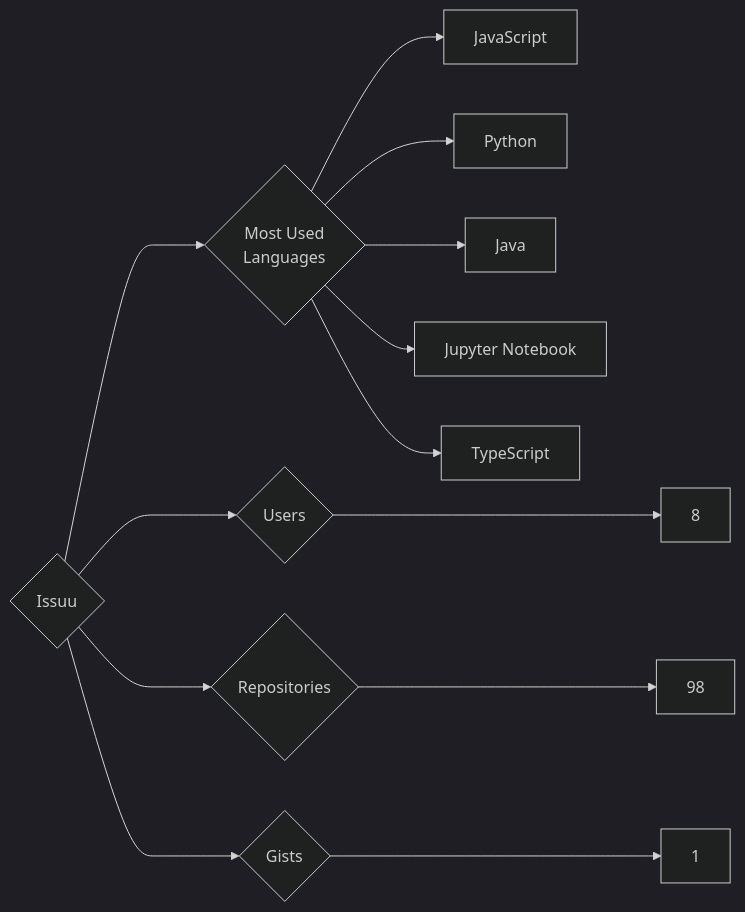
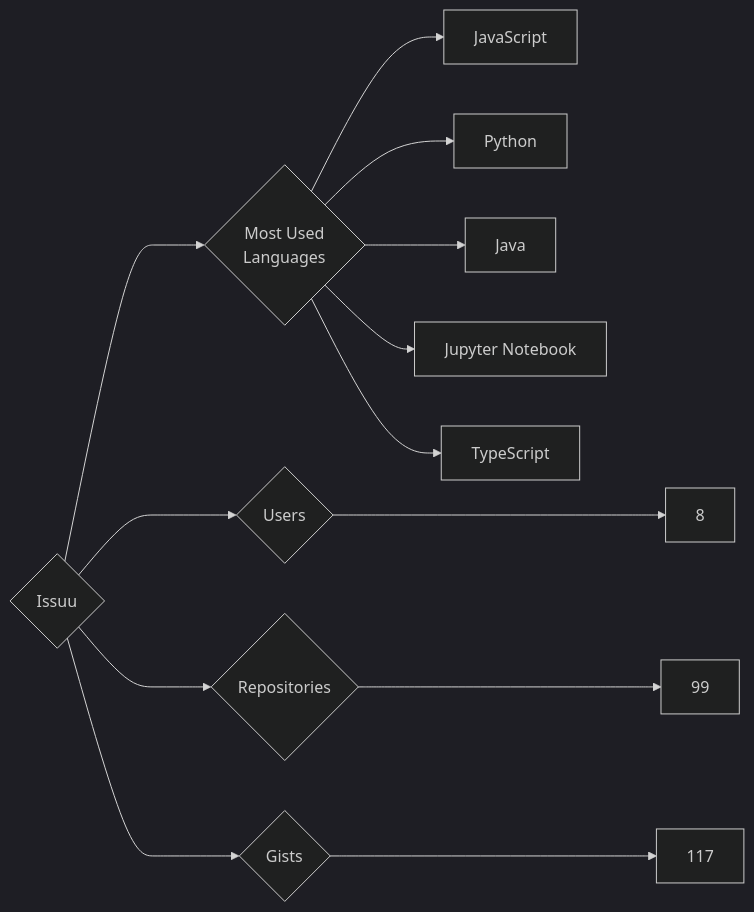
One commit to trickest/insiders changed the diagram in targets/Issuu/README.md. Above: the diagram before and after it, drawn with Mermaid (dark theme). The commit also changed 772 other files, not shown here.

````diff
--- a/targets/Issuu/README.md
+++ b/targets/Issuu/README.md
@@ -3,13 +3,13 @@
 ```mermaid
 graph LR
 COMPANY_NAME{Issuu}
 COMPANY_NAME ---> U{Users} ---> UN[8]
-COMPANY_NAME ---> R{Repositories} ---> RN[98]
-COMPANY_NAME ---> G{Gists} ---> GN[1]
+COMPANY_NAME ---> R{Repositories} ---> RN[99]
+COMPANY_NAME ---> G{Gists} ---> GN[117]
 COMPANY_NAME ---> ML{Most Used<br>Languages}
 ML --> JavaScript[JavaScript]
 ML --> Python[Python]
 ML --> Java[Java]
 ML --> Jupyter_Notebook[Jupyter Notebook]
 ML --> TypeScript[TypeScript]
 ```
````
